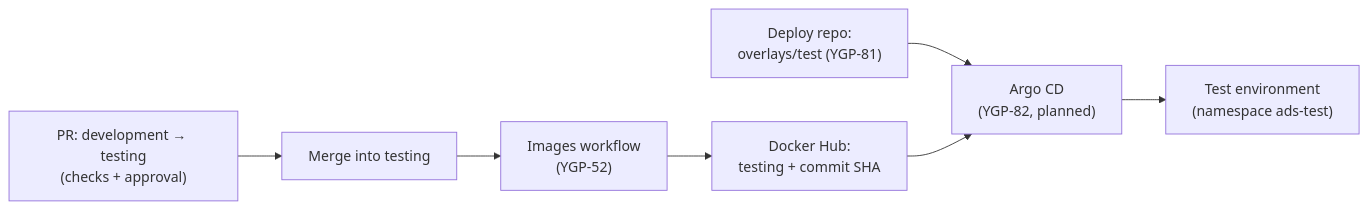
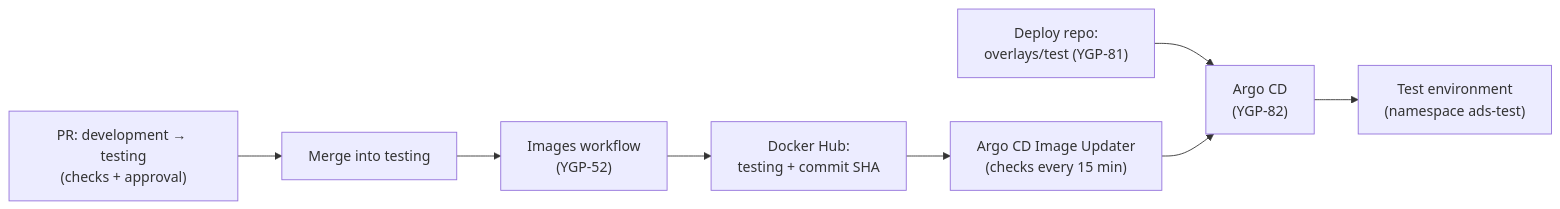
The second of 2 diagrams in docs/deployment.md (WH1TE-SHAD0W/ai-dubbing-studio), drawn with Mermaid before and after one commit. The commit also changed other lines of this file and 2 other files, not shown here.

First line of the commit message:
docs: deployment and CI/CD pages match what runs on K3s (YGP-83)

````diff
--- a/docs/deployment.md
+++ b/docs/deployment.md
@@ -75,9 +115,10 @@
 ```mermaid
 flowchart LR
     pr["PR: development → testing<br>(checks + approval)"] --> merge["Merge into testing"]
     merge --> build["Images workflow<br>(YGP-52)"]
     build --> hub["Docker Hub:<br>testing + commit SHA"]
-    git["Deploy repo:<br>overlays/test (YGP-81)"] --> argo["Argo CD<br>(YGP-82, planned)"]
-    hub --> argo
+    hub --> iu["Argo CD Image Updater<br>(checks every 15 min)"]
+    git["Deploy repo:<br>overlays/test (YGP-81)"] --> argo["Argo CD<br>(YGP-82)"]
+    iu --> argo
     argo --> test["Test environment<br>(namespace ads-test)"]
 ```
````
